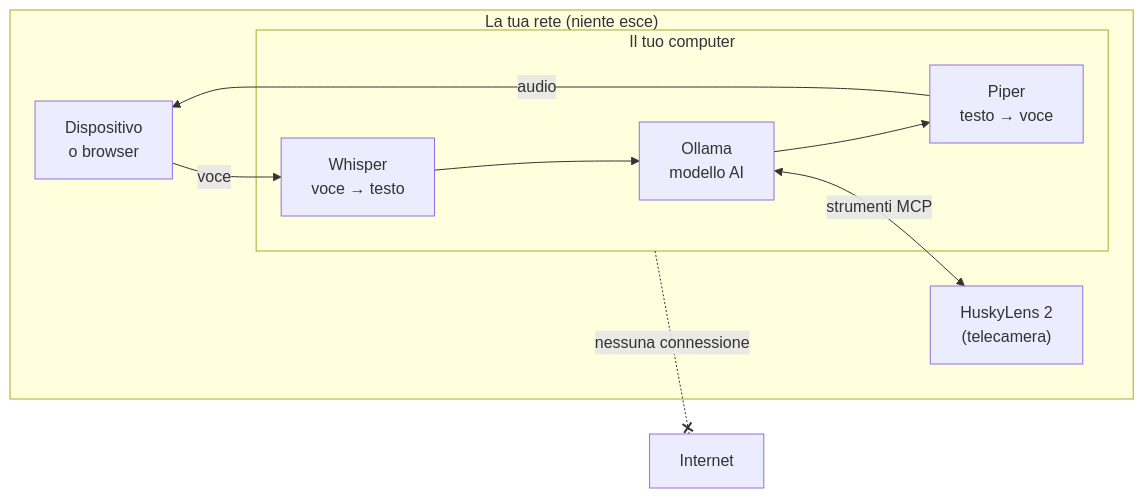
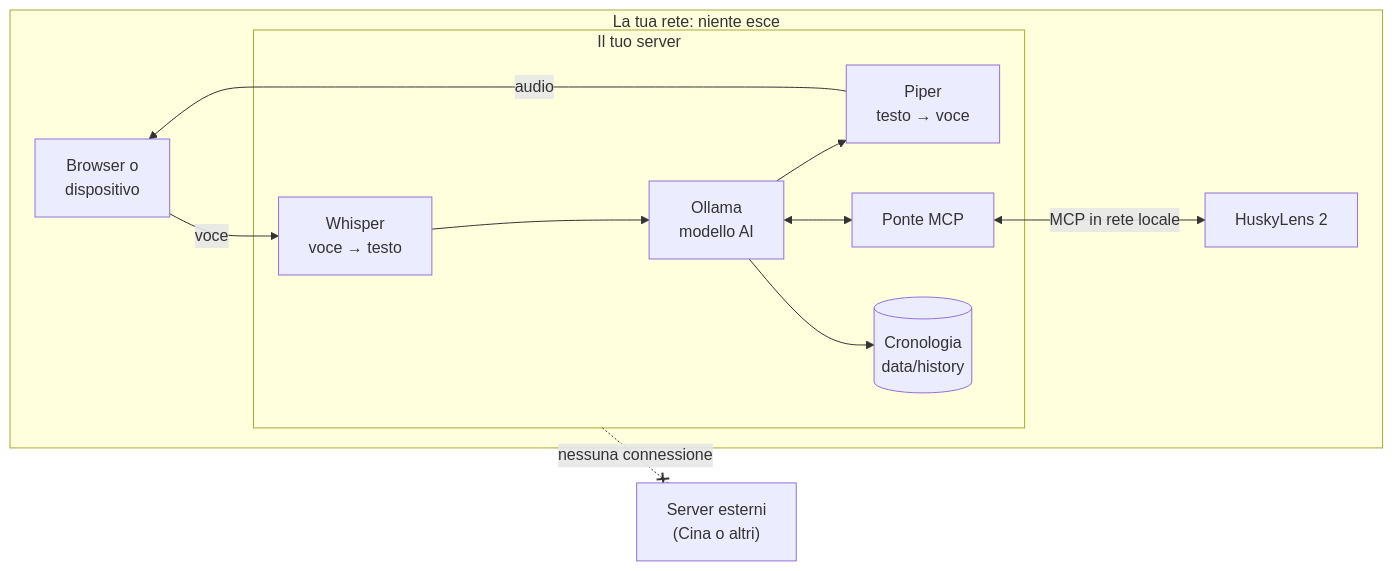
Before and after one commit to BitJacker/xiaozhi-local-server: the second of 2 diagrams in PRIVACY.md, drawn with Mermaid. The commit also changed other lines of this file and 15 other files, not shown here.

First line of the commit message:
Cronologia locale, privacy chiarita e documentazione in inglese

````diff
--- a/PRIVACY.md
+++ b/PRIVACY.md
@@ -30,16 +38,19 @@
 ```mermaid
 flowchart LR
-    subgraph casa["La tua rete (niente esce)"]
-        D["Dispositivo<br/>o browser"]
-        subgraph pc["Il tuo computer"]
+    subgraph casa["La tua rete: niente esce"]
+        D["Browser o<br/>dispositivo"]
+        H["HuskyLens 2"]
+        subgraph pc["Il tuo server"]
             S["Whisper<br/>voce → testo"]
             L["Ollama<br/>modello AI"]
             T["Piper<br/>testo → voce"]
+            M["Ponte MCP"]
+            DB[("Cronologia<br/>data/history")]
         end
-        H["HuskyLens 2<br/>(telecamera)"]
     end
-    X["Internet"]
+    X["Server esterni<br/>(Cina o altri)"]
     D -- "voce" --> S --> L --> T -- "audio" --> D
-    L <-- "strumenti MCP" --> H
+    L <--> M <-- "MCP in rete locale" --> H
+    L --> DB
     pc -. "nessuna connessione" .-x X
 ```
````
